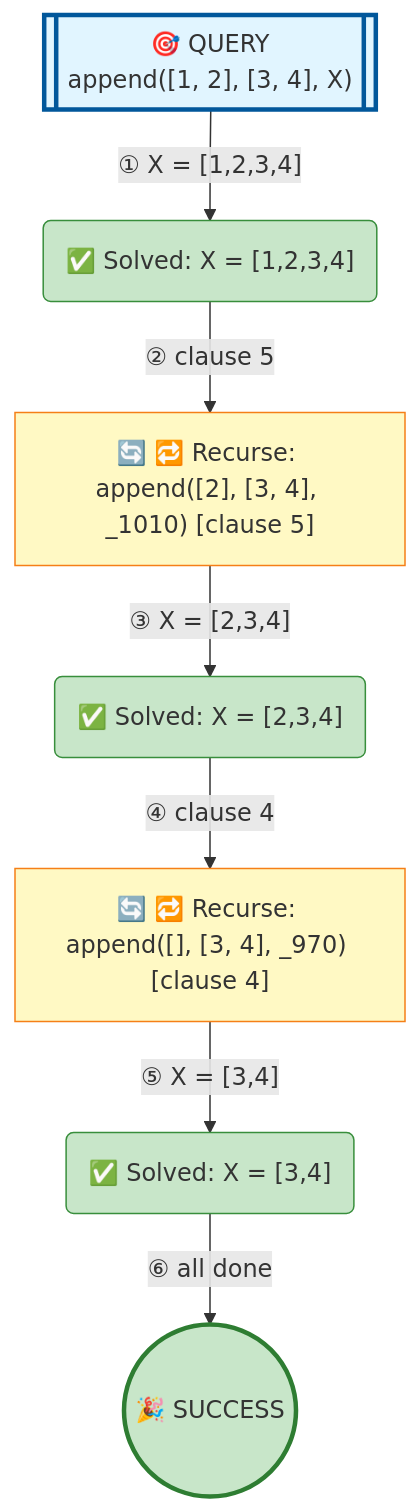
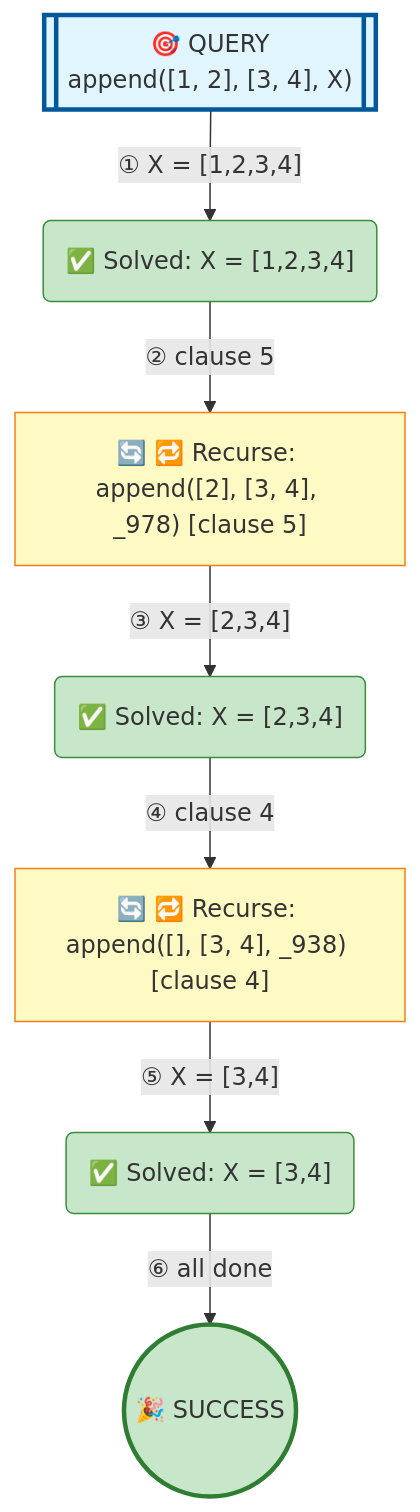
The diagram in examples/append-standard.md (jarecsni/prolog-trace-viz), drawn with Mermaid before and after one commit. The commit also changed other lines of this file and 17 other files, not shown here.

````diff
--- a/examples/append-standard.md
+++ b/examples/append-standard.md
@@ -18,29 +18,29 @@
 ```mermaid
 graph TD
 
 %% Nodes
 A[["🎯 QUERY<br/>append([1, 2], [3, 4], X)"]]
 B("✅ Solved: X = [1,2,3,4]")
-C["🔄 🔁 Recurse: append([2], [3, 4], _1010) [clause 5]"]
+C["🔄 🔁 Recurse: append([2], [3, 4], _978) [clause 5]"]
 D("✅ Solved: X = [2,3,4]")
-E["🔄 🔁 Recurse: append([], [3, 4], _970) [clause 4]"]
+E["🔄 🔁 Recurse: append([], [3, 4], _938) [clause 4]"]
 F("✅ Solved: X = [3,4]")
 G(("🎉 SUCCESS"))
 
 %% Edges
 A -->|"① X = [1,2,3,4]"| B
 B -->|"② clause 5"| C
 C -->|"③ X = [2,3,4]"| D
 D -->|"④ clause 4"| E
 E -->|"⑤ X = [3,4]"| F
 F -->|"⑥ all done"| G
 
 %% Styles
 style A fill:#e1f5ff,stroke:#01579b,stroke-width:3px
 style B fill:#c8e6c9,stroke:#388e3c
 style C fill:#fff9c4,stroke:#f57f17
 style D fill:#c8e6c9,stroke:#388e3c
 style E fill:#fff9c4,stroke:#f57f17
 style F fill:#c8e6c9,stroke:#388e3c
 style G fill:#c8e6c9,stroke:#2e7d32,stroke-width:3px
 ```
````
